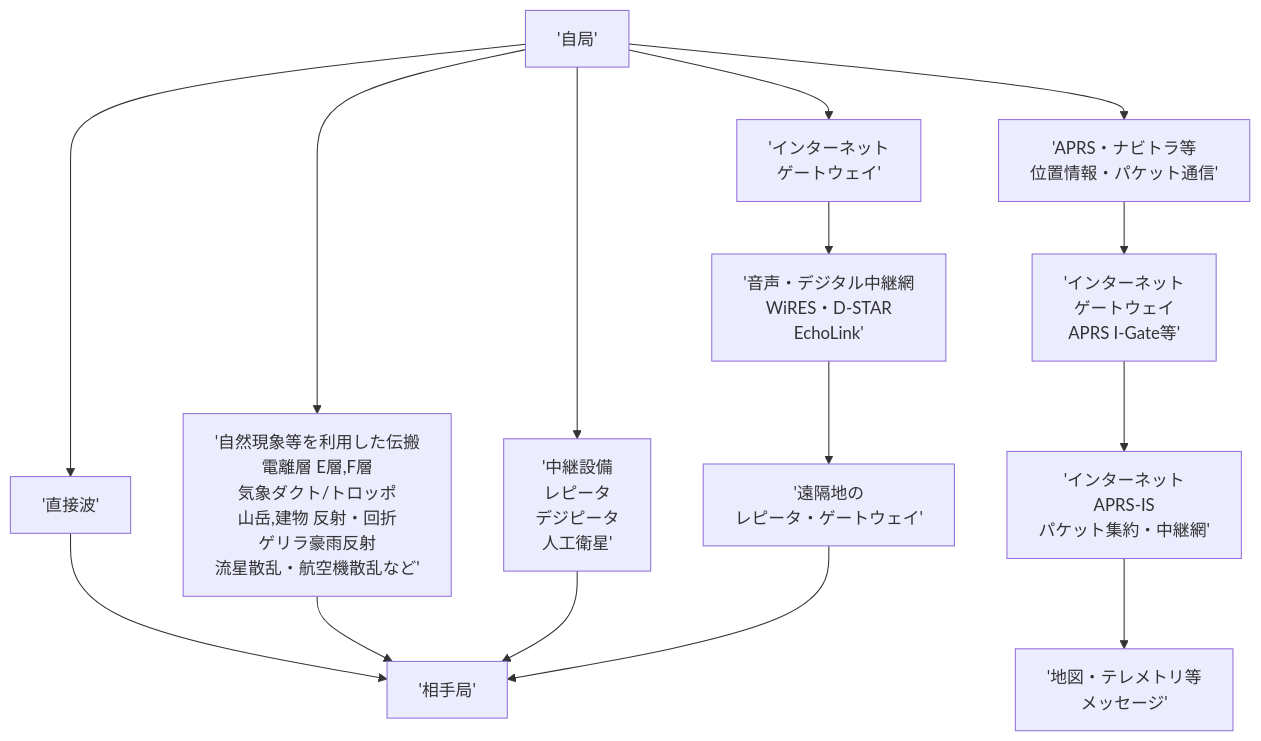
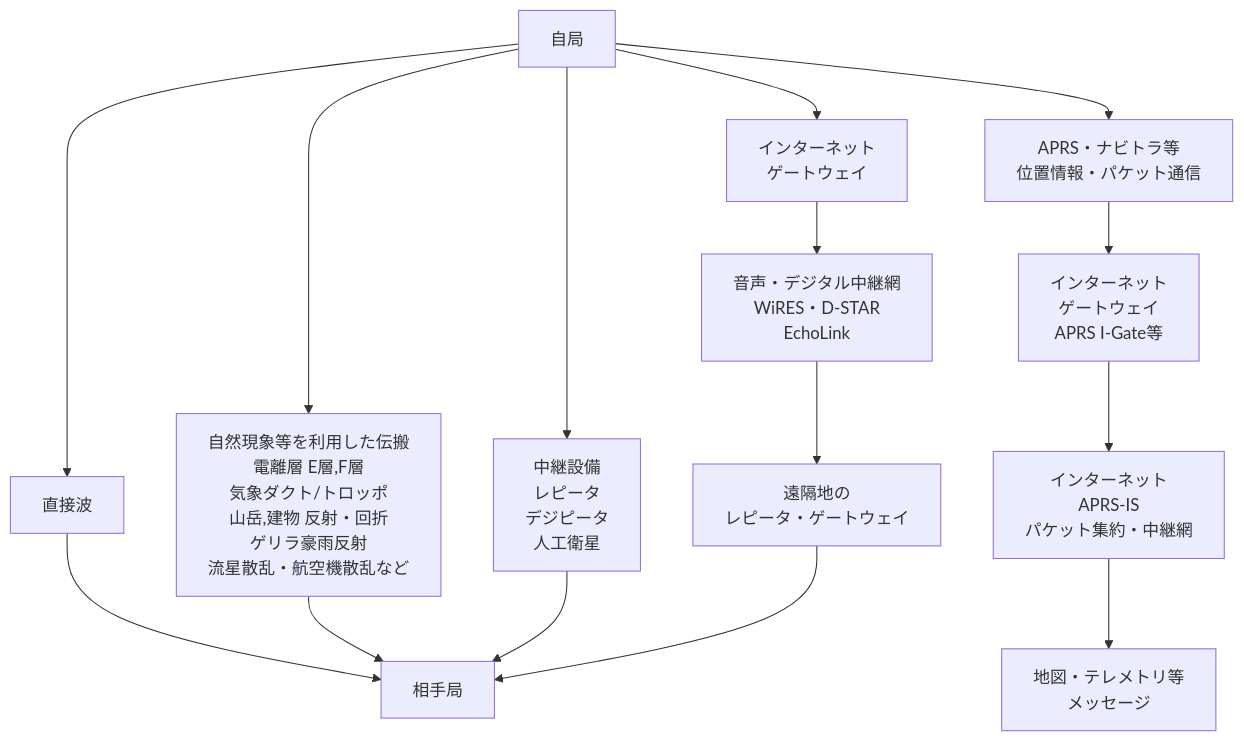
One commit to CQAKIBA/AmateurRadio-Handbook changed the second of 2 diagrams in docs/00_概要/アマチュア無線とは.md. Above: the diagram before and after it, drawn with Mermaid. The commit also changed other lines of this file, not shown here.

Commit message:
Refactor mermaid diagrams for clarity

````diff
--- a/docs/00_概要/アマチュア無線とは.md
+++ b/docs/00_概要/アマチュア無線とは.md
@@ -204,25 +201,21 @@
 ```mermaid
----
-config:
-  markdownAutoWrap: false
----
 flowchart TB
-    A["'自局'"]
-    B["'相手局'"]
+    A["自局"]
+    B["相手局"]
 
-    A --> D["'直接波'"] --> B
+    A --> D["直接波"] --> B
 
-    A --> N["'自然現象等を利用した伝搬<br>電離層 E層,F層<br>気象ダクト/トロッポ<br>山岳,建物 反射・回折<br>ゲリラ豪雨反射<br>流星散乱・航空機散乱など'"] --> B
+    A --> N["自然現象等を利用した伝搬<br>電離層 E層,F層<br>気象ダクト/トロッポ<br>山岳,建物 反射・回折<br>ゲリラ豪雨反射<br>流星散乱・航空機散乱など"] --> B
 
-    A --> S["'中継設備<br>レピータ<br>デジピータ<br>人工衛星'"] --> B
+    A --> S["中継設備<br>レピータ<br>デジピータ<br>人工衛星"] --> B
 
-    A --> R1["'インターネット<br>ゲートウェイ'"]
-    R1 --> VOIP["'音声・デジタル中継網<br>WiRES・D-STAR<br>EchoLink'"]
-    VOIP --> R2["'遠隔地の<br>レピータ・ゲートウェイ'"]
+    A --> R1["インターネット<br>ゲートウェイ"]
+    R1 --> VOIP["音声・デジタル中継網<br>WiRES・D-STAR<br>EchoLink"]
+    VOIP --> R2["遠隔地の<br>レピータ・ゲートウェイ"]
     R2 --> B
 
-    A --> P["'APRS・ナビトラ等<br>位置情報・パケット通信'"]
-    P --> IG["'インターネット<br>ゲートウェイ<br>APRS I-Gate等'"]
-    IG --> IS["'インターネット<br>APRS-IS<br>パケット集約・中継網'"]
-    IS --> APP["'地図・テレメトリ等<br>メッセージ'"]
+    A --> P["APRS・ナビトラ等<br>位置情報・パケット通信"]
+    P --> IG["インターネット<br>ゲートウェイ<br>APRS I-Gate等"]
+    IG --> IS["インターネット<br>APRS-IS<br>パケット集約・中継網"]
+    IS --> APP["地図・テレメトリ等<br>メッセージ"]
 ```
````
